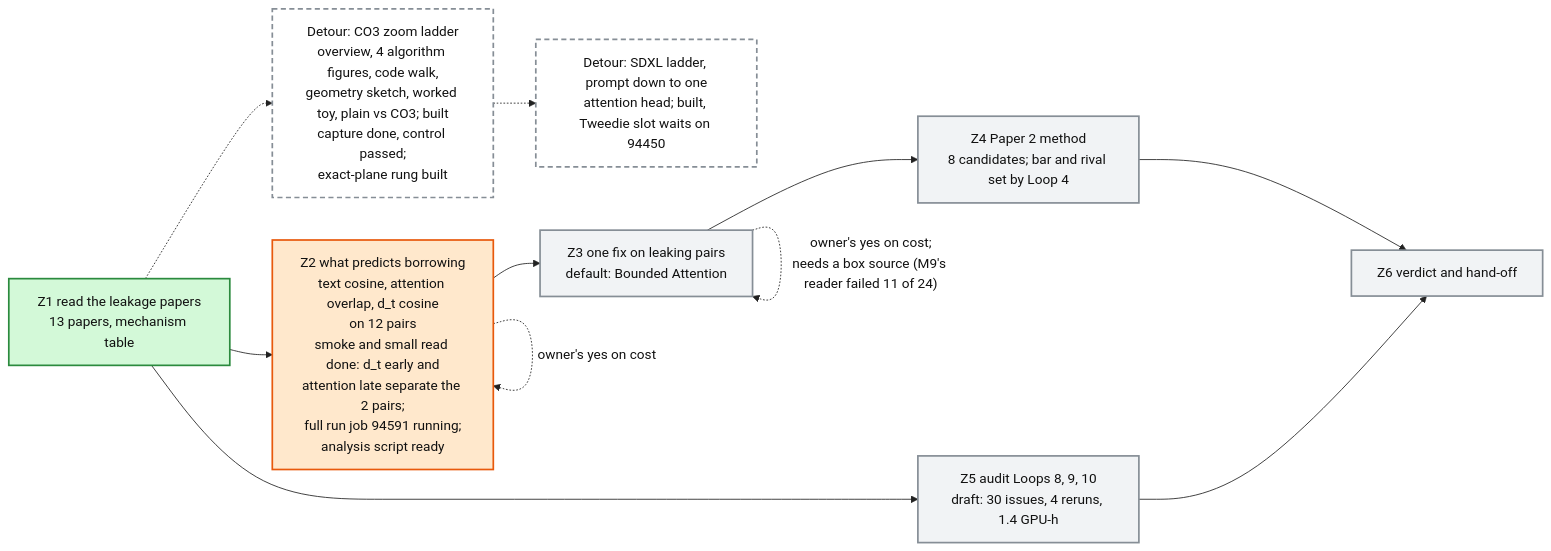
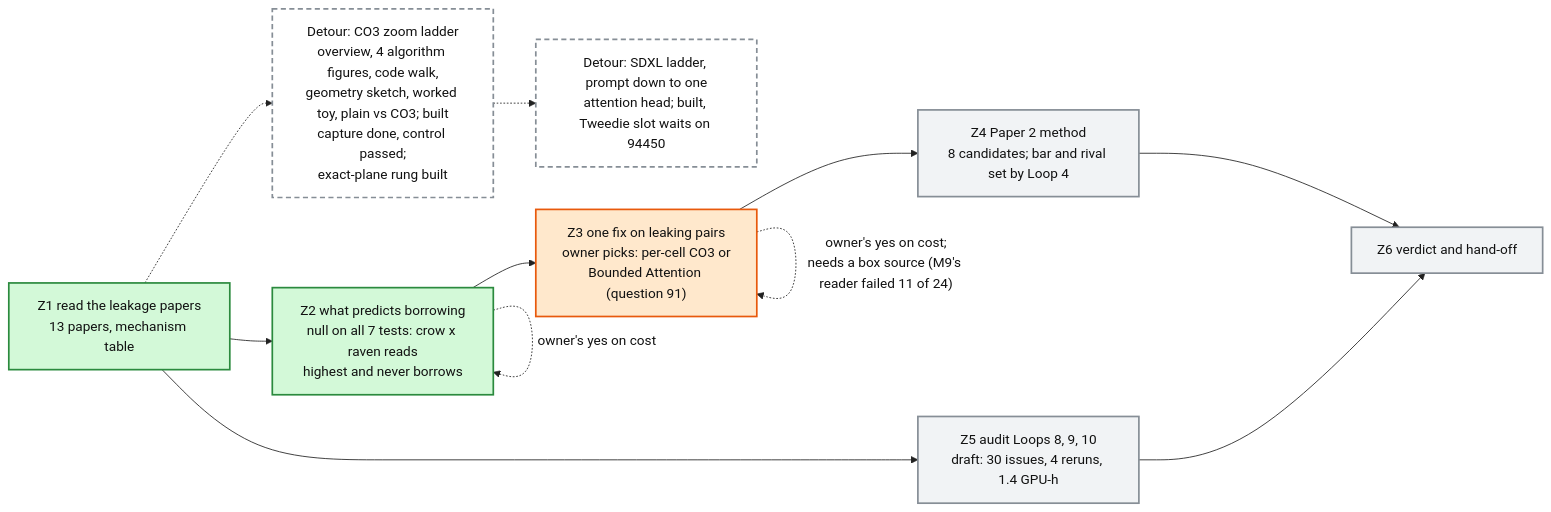
Before and after one commit to mo-rsa24/concept-composition: the diagram in artifacts/notes/progress/leakage/loop-12-progress.mmd, drawn with Mermaid. The commit also changed 1 other file, not shown here.

Commit message:
Loop 12 map: Z2 done, Z3 waits on question 91

```diff
--- a/artifacts/notes/progress/leakage/loop-12-progress.mmd
+++ b/artifacts/notes/progress/leakage/loop-12-progress.mmd
@@ -1,20 +1,20 @@
 %%{init: {'theme': 'base', 'themeVariables': {'fontFamily': 'monospace', 'primaryColor': '#ffffff', 'primaryBorderColor': '#222222', 'primaryTextColor': '#111111', 'lineColor': '#222222'}}}%%
 flowchart LR
   Z1["Z1 read the leakage papers<br/>13 papers, mechanism table"]:::done
-  Z2["Z2 what predicts borrowing<br/>text cosine, attention overlap, d_t cosine<br/>on 12 pairs<br/>smoke and small read done: d_t early and<br/>attention late separate the 2 pairs;<br/>full run job 94591 running;<br/>analysis script ready"]:::doing
-  Z3["Z3 one fix on leaking pairs<br/>default: Bounded Attention"]:::todo
+  Z2["Z2 what predicts borrowing<br/>null on all 7 tests: crow x raven reads<br/>highest and never borrows"]:::done
+  Z3["Z3 one fix on leaking pairs<br/>owner picks: per-cell CO3 or<br/>Bounded Attention (question 91)"]:::doing
   Z4["Z4 Paper 2 method<br/>8 candidates; bar and rival set by Loop 4"]:::todo
   Z5["Z5 audit Loops 8, 9, 10<br/>draft: 30 issues, 4 reruns, 1.4 GPU-h"]:::todo
   Z6["Z6 verdict and hand-off"]:::todo
   LAD["Detour: CO3 zoom ladder<br/>overview, 4 algorithm figures, code walk,<br/>geometry sketch, worked toy, plain vs CO3; built<br/>capture done, control passed;<br/>exact-plane rung built"]:::detour
   Z1 -.-> LAD
   SDX["Detour: SDXL ladder, prompt down to one<br/>attention head; built, Tweedie slot waits on 94450"]:::detour
   LAD -.-> SDX
   Z1 --> Z2 --> Z3 --> Z4 --> Z6
   Z1 --> Z5 --> Z6
   Z2 -. "owner's yes on cost" .-> Z2
   Z3 -. "owner's yes on cost;<br/>needs a box source (M9's reader failed 11 of 24)" .-> Z3
   classDef done fill:#d3f9d8,stroke:#2b8a3e,stroke-width:2px
   classDef doing fill:#ffe8cc,stroke:#e8590c,stroke-width:2px
   classDef detour fill:#ffffff,stroke:#868e96,stroke-width:2px,stroke-dasharray: 6 4
   classDef todo fill:#f1f3f5,stroke:#868e96,stroke-width:2px
```
